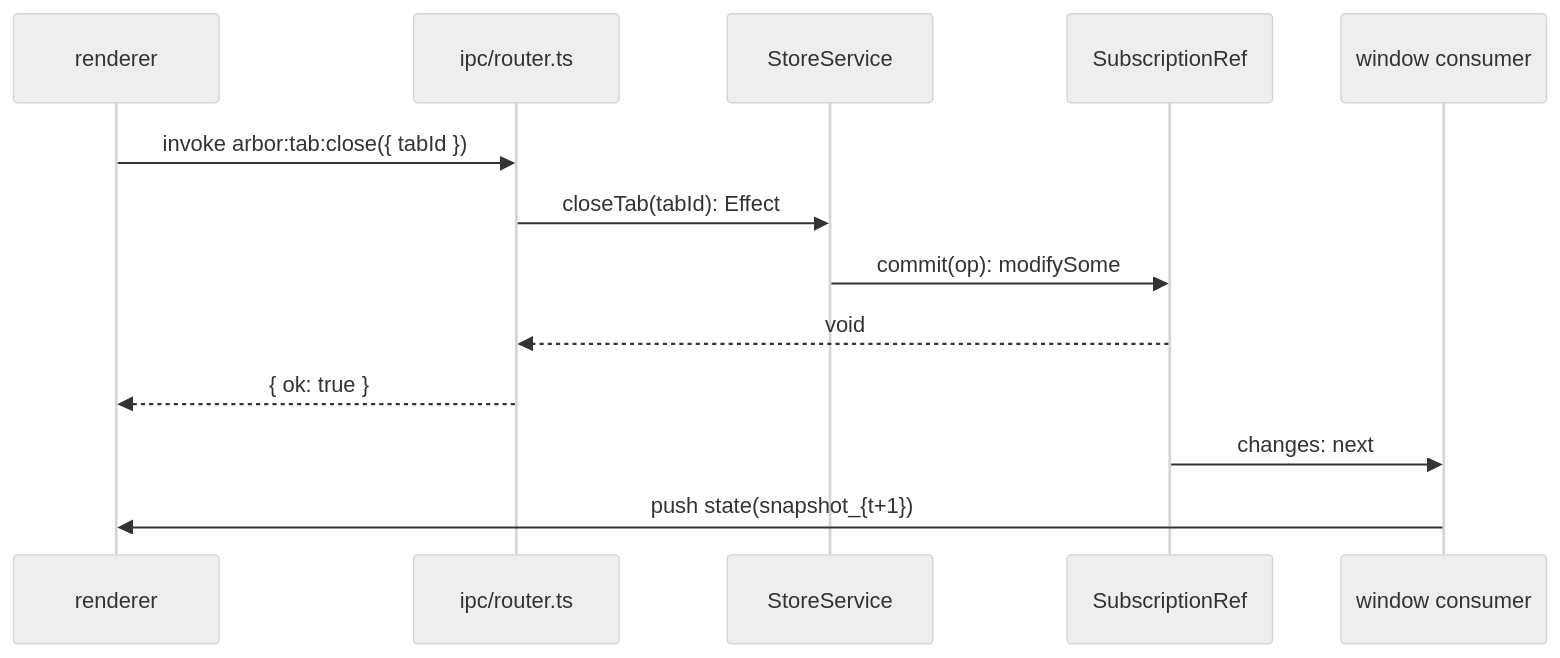
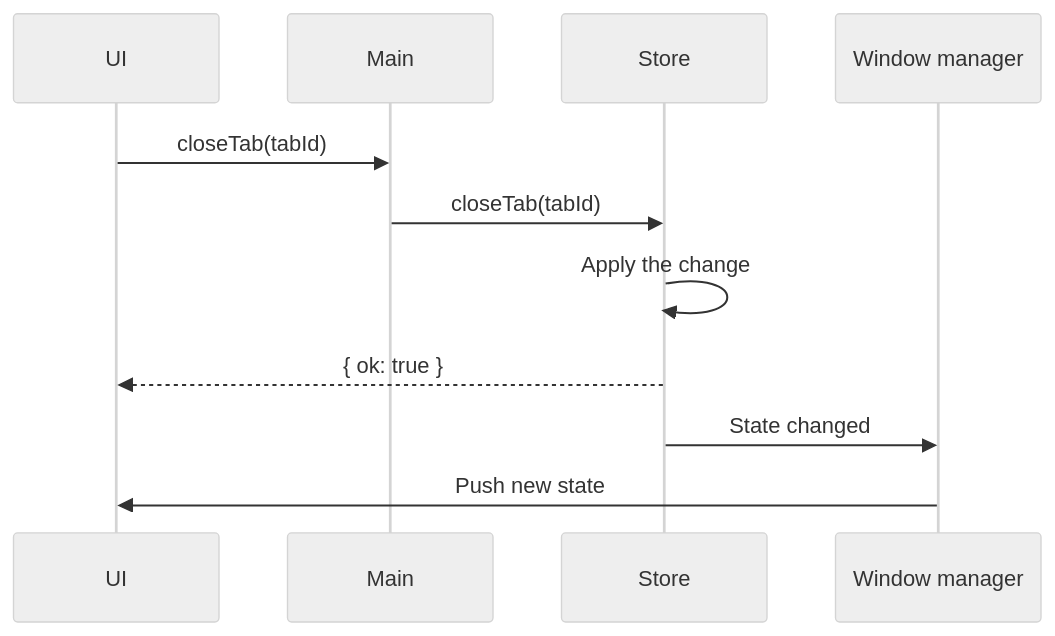
One commit to rom100main/arbor changed the third of 5 diagrams in docs/architecture/03-store.md. Above: the diagram before and after it, drawn with Mermaid (neutral theme). The commit also changed other lines of this file and 6 other files, not shown here.

````diff
--- a/docs/architecture/03-store.md
+++ b/docs/architecture/03-store.md
@@ -65,15 +36,13 @@
 ```mermaid
 sequenceDiagram
-    participant R as renderer
-    participant H as ipc/router.ts
-    participant S as StoreService
-    participant F as SubscriptionRef
-    participant C as window consumer
-    R->>H: invoke arbor:tab:close({ tabId })
-    H->>S: closeTab(tabId): Effect
-    S->>F: commit(op): modifySome
-    F-->>H: void
-    H-->>R: { ok: true }
-    F->>C: changes: next
-    C->>R: push state(snapshot_{t+1})
+    participant R as UI
+    participant M as Main
+    participant S as Store
+    participant W as Window manager
+    R->>M: closeTab(tabId)
+    M->>S: closeTab(tabId)
+    S->>S: Apply the change
+    S-->>R: { ok: true }
+    S->>W: State changed
+    W->>R: Push new state
 ```
````
